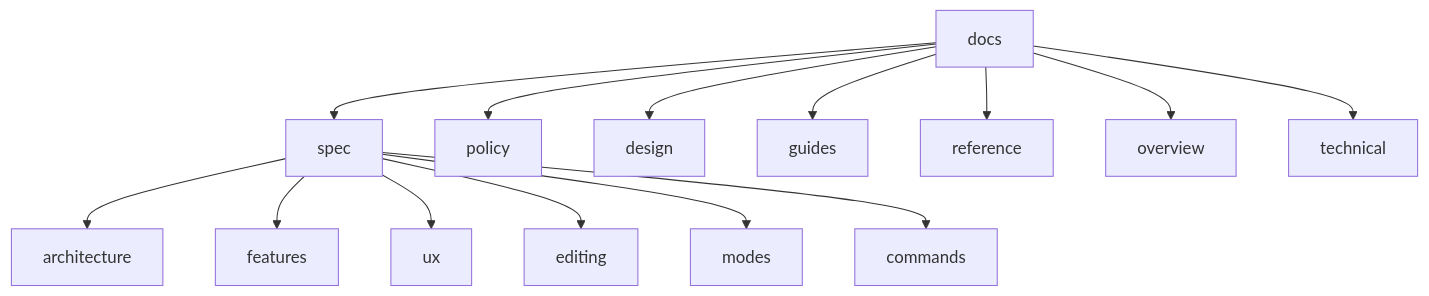
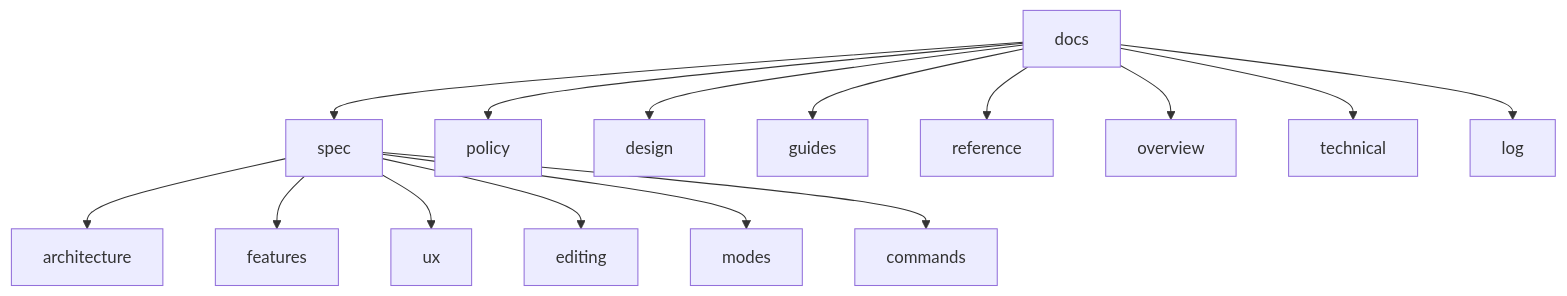
Before and after one commit to lkjsxc/kjxlkj: the diagram in docs/README.md, drawn with Mermaid. The commit also changed other lines of this file and 11 other files, not shown here.

````diff
--- a/docs/README.md
+++ b/docs/README.md
@@ -28,20 +29,21 @@
 ```mermaid
 graph TD
     Root[docs]
 
     Root --> Spec[spec]
     Root --> Policy[policy]
     Root --> Design[design]
     Root --> Guides[guides]
     Root --> Reference[reference]
     Root --> Overview[overview]
     Root --> Technical[technical]
+    Root --> Log[log]
 
     Spec --> Arch[architecture]
     Spec --> Feat[features]
     Spec --> UX[ux]
     Spec --> Edit[editing]
     Spec --> Mode[modes]
     Spec --> Cmd[commands]
 
 ```
````
